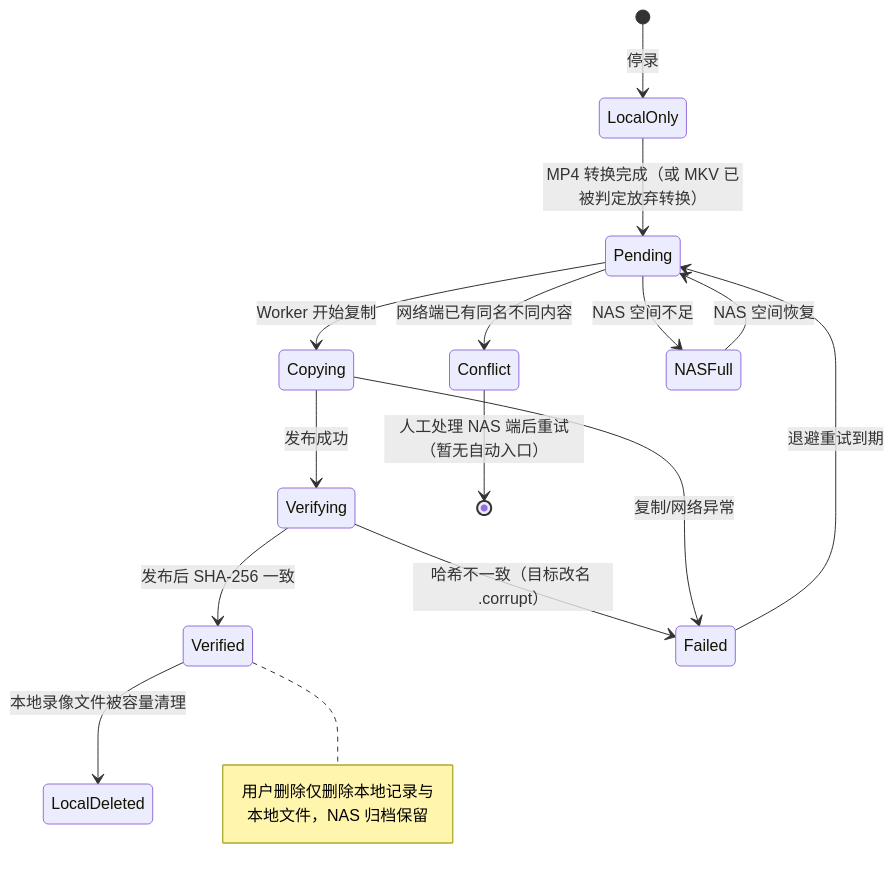
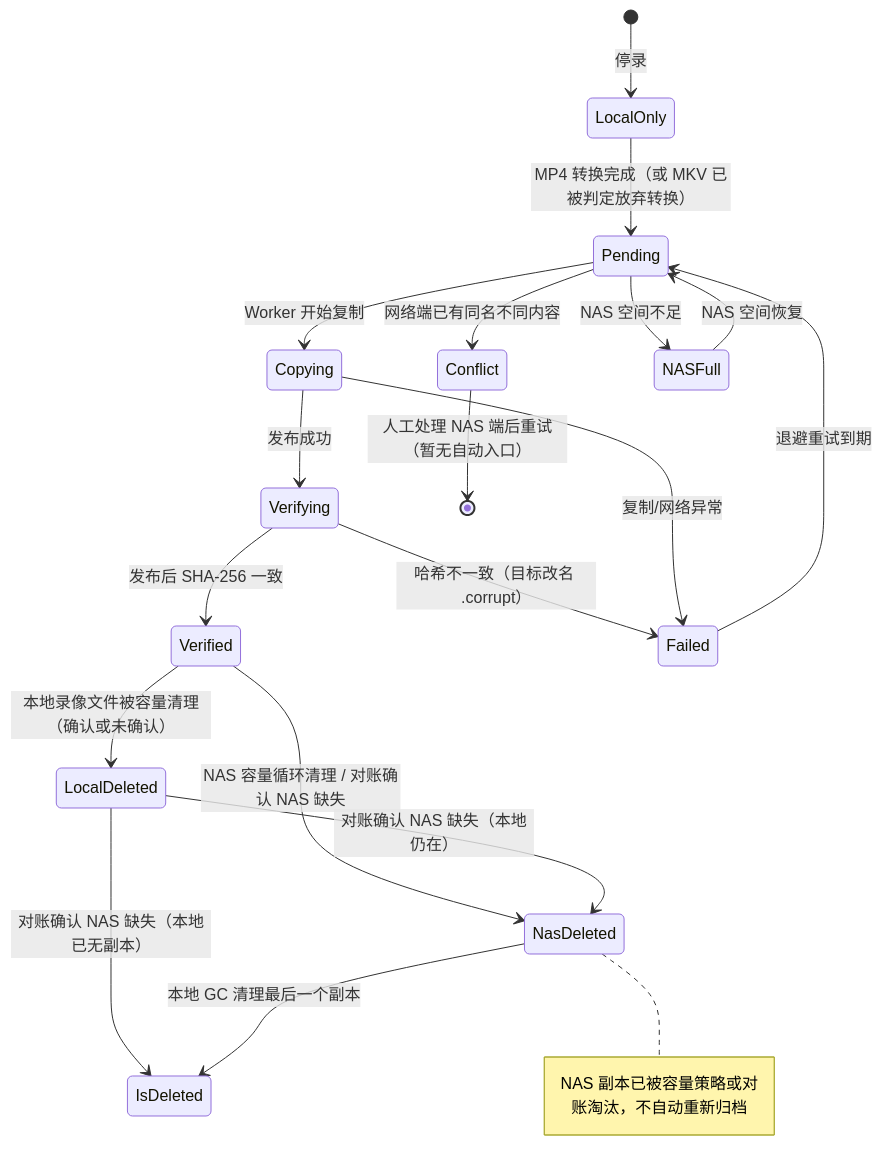
The second of 4 diagrams in docs/nas-storage-architecture.md (PackingProof/PackingProof-Desktop), drawn with Mermaid before and after one commit. The commit also changed other lines of this file and 3 other files, not shown here.

````diff
--- a/docs/nas-storage-architecture.md
+++ b/docs/nas-storage-architecture.md
@@ -32,17 +34,21 @@
 ```mermaid
 stateDiagram-v2
     [*] --> LocalOnly: 停录
     LocalOnly --> Pending: MP4 转换完成（或 MKV 已被判定放弃转换）
     Pending --> Copying: Worker 开始复制
     Copying --> Verifying: 发布成功
     Verifying --> Verified: 发布后 SHA-256 一致
     Verifying --> Failed: 哈希不一致（目标改名 .corrupt）
     Copying --> Failed: 复制/网络异常
     Failed --> Pending: 退避重试到期
     Pending --> Conflict: 网络端已有同名不同内容
     Pending --> NASFull: NAS 空间不足
     NASFull --> Pending: NAS 空间恢复
     Conflict --> [*]: 人工处理 NAS 端后重试（暂无自动入口）
-    Verified --> LocalDeleted: 本地录像文件被容量清理
-    note right of Verified: 用户删除仅删除本地记录与本地文件，NAS 归档保留
+    Verified --> LocalDeleted: 本地录像文件被容量清理（确认或未确认）
+    Verified --> NasDeleted: NAS 容量循环清理 / 对账确认 NAS 缺失
+    LocalDeleted --> NasDeleted: 对账确认 NAS 缺失（本地仍在）
+    LocalDeleted --> IsDeleted: 对账确认 NAS 缺失（本地已无副本）
+    NasDeleted --> IsDeleted: 本地 GC 清理最后一个副本
+    note right of NasDeleted: NAS 副本已被容量策略或对账淘汰，不自动重新归档
 ```
````
